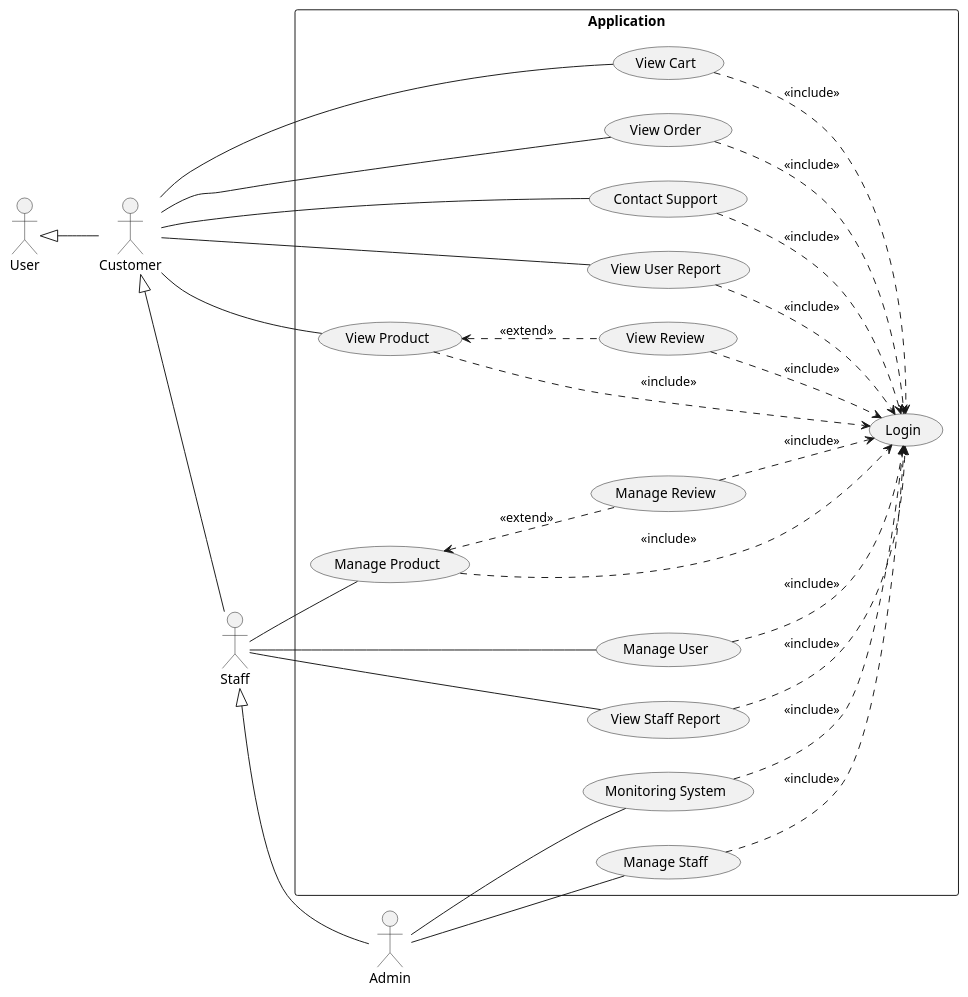
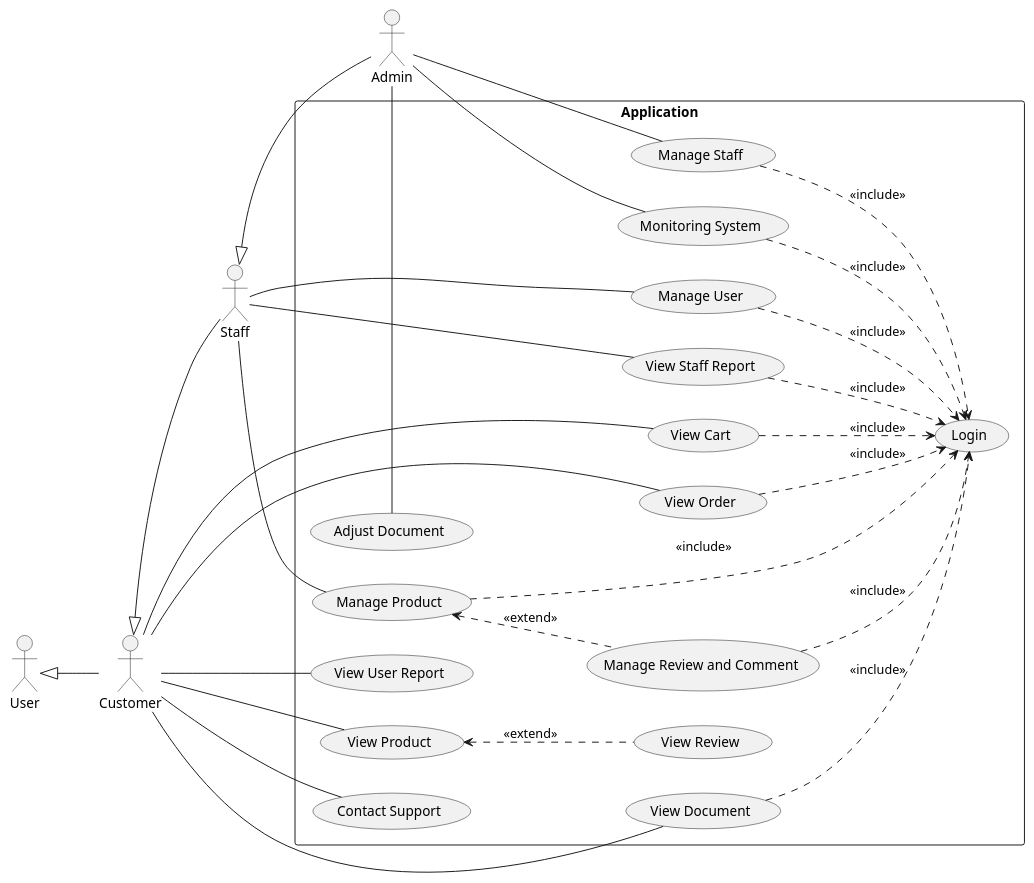
The first of 2 diagrams in docs/docs/usecase/user.md (electricilies/electricilies.github.io), drawn with PlantUML before and after one commit.

Commit message:
fix(user): add document management

````diff
--- a/docs/docs/usecase/user.md
+++ b/docs/docs/usecase/user.md
@@ -5,56 +5,58 @@
 ```plantuml
 @startuml
 left to right direction
 actor User
 actor Customer
 actor Staff
 actor Admin
 
 User <|-- Customer
 Customer <|-- Staff
 Staff <|-- Admin
 
 rectangle "Application" {
   usecase UC01 as "Login"
   usecase UC02 as "View Product"
   usecase UC03 as "View Review"
   usecase UC04 as "View Cart"
   usecase UC05 as "View Order"
   usecase UC06 as "Contact Support"
   usecase UC07 as "View User Report"
-  usecase UC08 as "Manage Product"
-  usecase UC09 as "Manage Review"
-  usecase UC10 as "Manage User"
-  usecase UC11 as "View Staff Report"
-  usecase UC12 as "Manage Staff"
-  usecase UC13 as "Monitoring System"
+  usecase UC08 as "View Document"
+  usecase UC09 as "Manage Product"
+  usecase UC10 as "Manage Review and Comment"
+  usecase UC11 as "Manage User"
+  usecase UC12 as "View Staff Report"
+  usecase UC13 as "Manage Staff"
+  usecase UC14 as "Monitoring System"
+  usecase UC15 as "Adjust Document"
 }
 
 Customer -- UC02
 Customer -- UC04
 Customer -- UC05
 Customer -- UC06
 Customer -- UC07
-Staff -- UC08
-Staff -- UC10
+Customer -- UC08
+Staff -- UC09
 Staff -- UC11
-Admin -- UC12
+Staff -- UC12
 Admin -- UC13
+Admin -- UC14
+Admin -- UC15
 
-UC02 ..> UC01 : <<include>>
 UC02 <.. UC03 : <<extend>>
-UC03 ..> UC01 : <<include>>
+UC09 <.. UC10 : <<extend>>
+
 UC04 ..> UC01 : <<include>>
 UC05 ..> UC01 : <<include>>
-UC06 ..> UC01 : <<include>>
-UC07 ..> UC01 : <<include>>
 UC08 ..> UC01 : <<include>>
-UC08 <.. UC09 : <<extend>>
 UC09 ..> UC01 : <<include>>
 UC10 ..> UC01 : <<include>>
 UC11 ..> UC01 : <<include>>
 UC12 ..> UC01 : <<include>>
 UC13 ..> UC01 : <<include>>
+UC14 ..> UC01 : <<include>>
 
 @enduml
 ```
````
